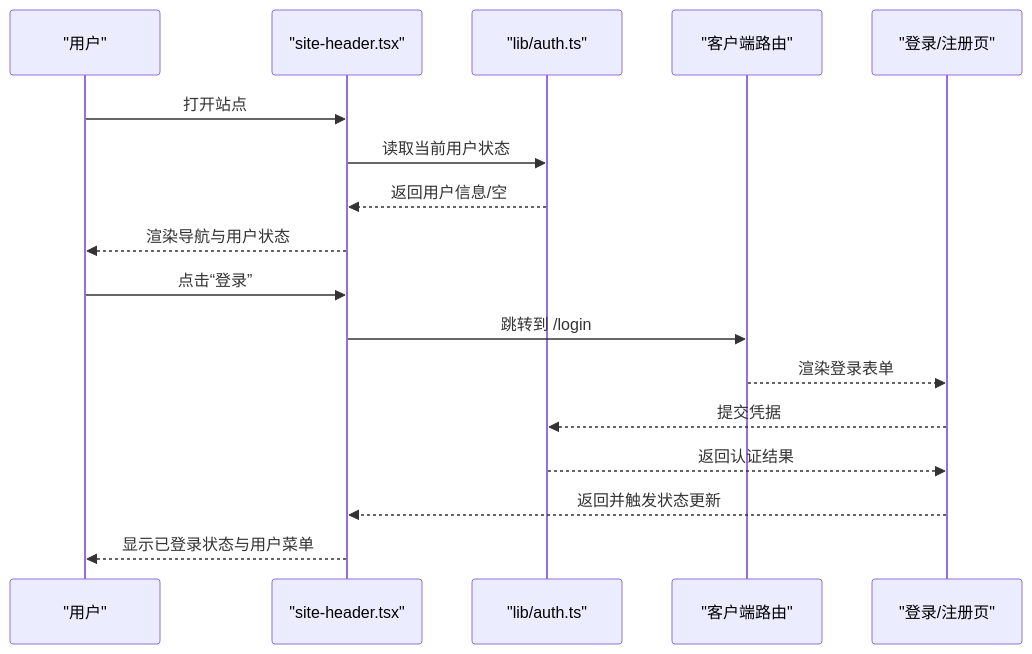
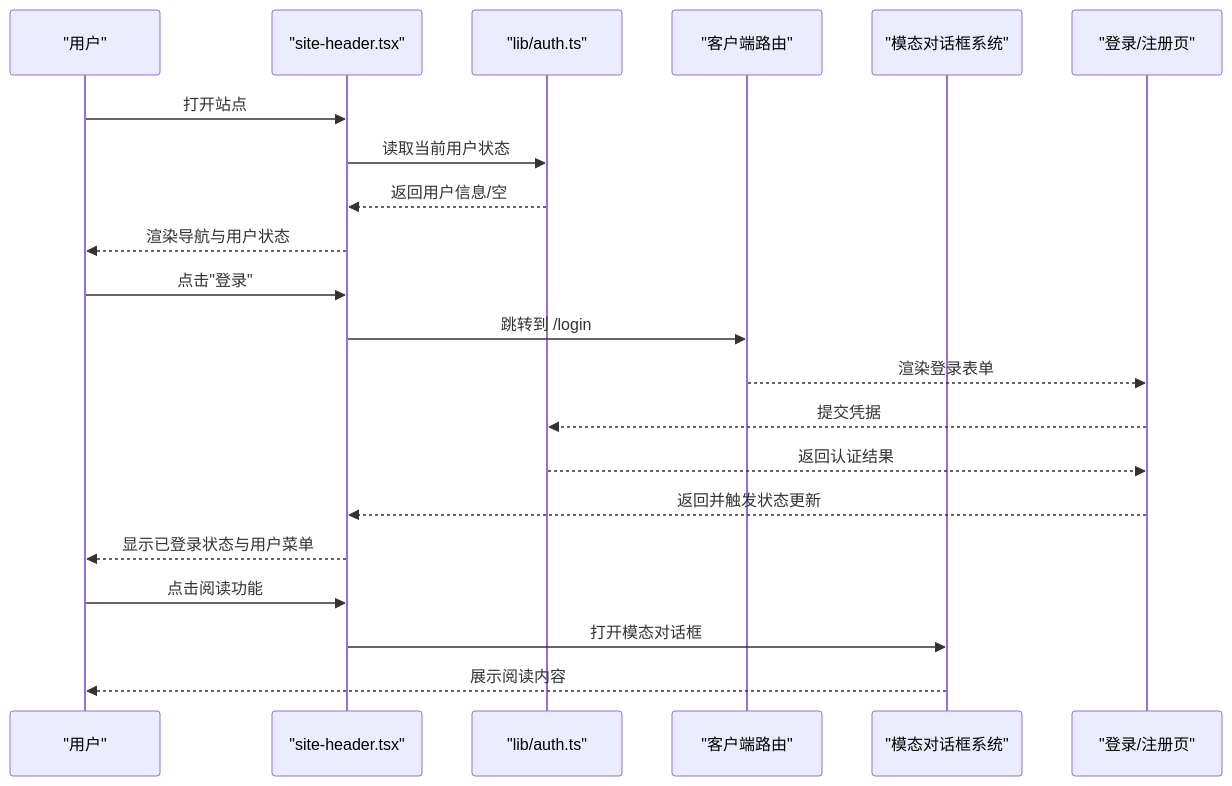
The second of 5 diagrams in .qoder/repowiki/zh/content/组件库/站点头部组件.md (wangzihao64/RAG_Front), drawn with Mermaid before and after one commit. The commit also changed other lines of this file and 29 other files, not shown here.

````diff
--- a/.qoder/repowiki/zh/content/组件库/站点头部组件.md
+++ b/.qoder/repowiki/zh/content/组件库/站点头部组件.md
@@ -91,19 +103,23 @@
 ```mermaid
 sequenceDiagram
 participant User as "用户"
 participant Header as "site-header.tsx"
 participant Auth as "lib/auth.ts"
 participant Router as "客户端路由"
+participant Modal as "模态对话框系统"
 participant Pages as "登录/注册页"
 User->>Header : 打开站点
 Header->>Auth : 读取当前用户状态
 Auth-->>Header : 返回用户信息/空
 Header-->>User : 渲染导航与用户状态
-User->>Header : 点击“登录”
+User->>Header : 点击"登录"
 Header->>Router : 跳转到 /login
 Router-->>Pages : 渲染登录表单
 Pages-->>Auth : 提交凭据
 Auth-->>Pages : 返回认证结果
 Pages-->>Header : 返回并触发状态更新
 Header-->>User : 显示已登录状态与用户菜单
+User->>Header : 点击阅读功能
+Header->>Modal : 打开模态对话框
+Modal-->>User : 展示阅读内容
 ```
````
